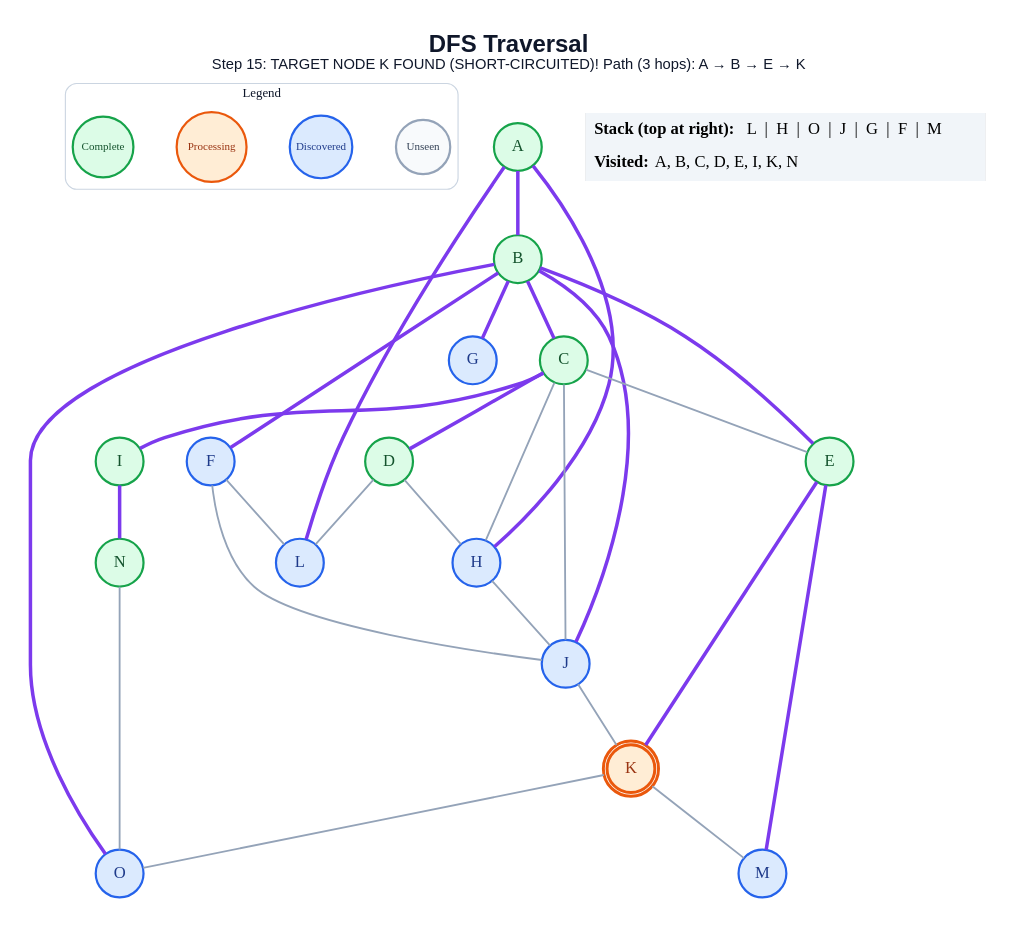
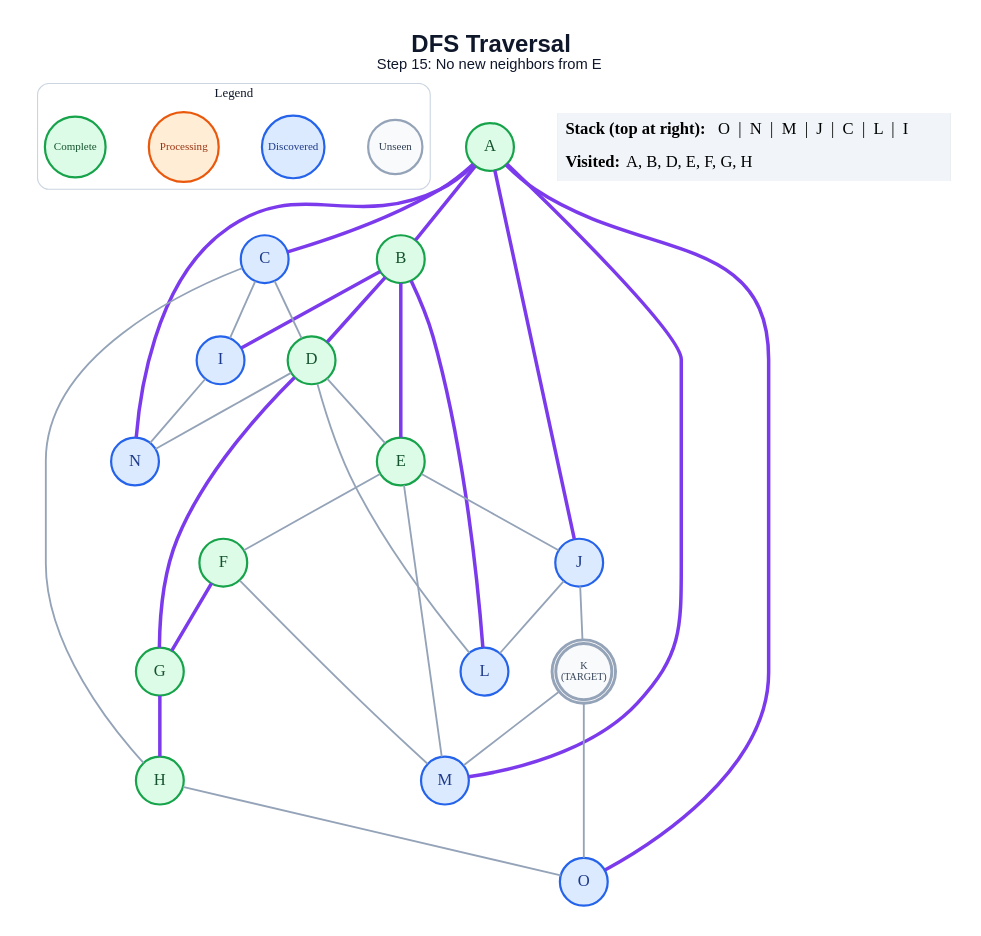
Before and after one commit to anon7238593-create/ai-slop: the diagram in generated/short-circuit/dfs/step_15.dot, drawn with Graphviz. The commit also changed 303 other files, not shown here.

```diff
--- a/generated/short-circuit/dfs/step_15.dot
+++ b/generated/short-circuit/dfs/step_15.dot
@@ -1,60 +1,63 @@
 graph traversal {
   graph [layout=dot, rankdir=TB, bgcolor="#FFFFFF", pad="0.35", nodesep="0.65", ranksep="0.8", fontname="Arial"];
   node [shape=circle, style="filled", fontname="Arial Bold", fontsize=18, width=0.72, fixedsize=true, penwidth=2.4];
   edge [color="#94A3B8", penwidth=2.0];
-  label=<<B>DFS Traversal</B><BR/><FONT POINT-SIZE="16">Step 15: TARGET NODE K FOUND (SHORT-CIRCUITED)! Path (3 hops): A → B → E → K</FONT>>; labelloc="t"; fontsize=26; fontname="Arial"; fontcolor="#0F172A";
+  label=<<B>DFS Traversal</B><BR/><FONT POINT-SIZE="16">Step 15: No new neighbors from E</FONT>>; labelloc="t"; fontsize=26; fontname="Arial"; fontcolor="#0F172A";
   subgraph cluster_legend { label="Legend"; color="#CBD5E1"; penwidth=1.2; style="rounded"; fontsize=14; fontname="Arial Bold";
     key_unseen [label="Unseen", fillcolor="#F8FAFC", color="#94A3B8", fontcolor="#334155", fontsize=12, width=0.82];
     key_frontier [label="Discovered", fillcolor="#DBEAFE", color="#2563EB", fontcolor="#1E3A8A", fontsize=12, width=0.95];
     key_current [label="Processing", fillcolor="#FFEDD5", color="#EA580C", fontcolor="#9A3412", fontsize=12, width=1.05];
     key_done [label="Complete", fillcolor="#DCFCE7", color="#16A34A", fontcolor="#14532D", fontsize=12, width=0.92];
     { rank=same; key_unseen; key_frontier; key_current; key_done; }
   }
   A [label="A", fillcolor="#DCFCE7", color="#16A34A", fontcolor="#14532D", peripheries=1, penwidth=2.4];
   B [label="B", fillcolor="#DCFCE7", color="#16A34A", fontcolor="#14532D", peripheries=1, penwidth=2.4];
-  C [label="C", fillcolor="#DCFCE7", color="#16A34A", fontcolor="#14532D", peripheries=1, penwidth=2.4];
+  C [label="C", fillcolor="#DBEAFE", color="#2563EB", fontcolor="#1E3A8A", peripheries=1, penwidth=2.4];
   D [label="D", fillcolor="#DCFCE7", color="#16A34A", fontcolor="#14532D", peripheries=1, penwidth=2.4];
   E [label="E", fillcolor="#DCFCE7", color="#16A34A", fontcolor="#14532D", peripheries=1, penwidth=2.4];
-  F [label="F", fillcolor="#DBEAFE", color="#2563EB", fontcolor="#1E3A8A", peripheries=1, penwidth=2.4];
-  G [label="G", fillcolor="#DBEAFE", color="#2563EB", fontcolor="#1E3A8A", peripheries=1, penwidth=2.4];
-  H [label="H", fillcolor="#DBEAFE", color="#2563EB", fontcolor="#1E3A8A", peripheries=1, penwidth=2.4];
-  I [label="I", fillcolor="#DCFCE7", color="#16A34A", fontcolor="#14532D", peripheries=1, penwidth=2.4];
+  F [label="F", fillcolor="#DCFCE7", color="#16A34A", fontcolor="#14532D", peripheries=1, penwidth=2.4];
+  G [label="G", fillcolor="#DCFCE7", color="#16A34A", fontcolor="#14532D", peripheries=1, penwidth=2.4];
+  H [label="H", fillcolor="#DCFCE7", color="#16A34A", fontcolor="#14532D", peripheries=1, penwidth=2.4];
+  I [label="I", fillcolor="#DBEAFE", color="#2563EB", fontcolor="#1E3A8A", peripheries=1, penwidth=2.4];
   J [label="J", fillcolor="#DBEAFE", color="#2563EB", fontcolor="#1E3A8A", peripheries=1, penwidth=2.4];
-  K [label="K", fillcolor="#FFEDD5", color="#EA580C", fontcolor="#9A3412", peripheries=2, penwidth=3.2];
+  K [label="K\n(TARGET)", fillcolor="#F8FAFC", color="#94A3B8", fontcolor="#334155", peripheries=2, penwidth=3.2, fontsize=11, width=0.85, height=0.85];
   L [label="L", fillcolor="#DBEAFE", color="#2563EB", fontcolor="#1E3A8A", peripheries=1, penwidth=2.4];
   M [label="M", fillcolor="#DBEAFE", color="#2563EB", fontcolor="#1E3A8A", peripheries=1, penwidth=2.4];
-  N [label="N", fillcolor="#DCFCE7", color="#16A34A", fontcolor="#14532D", peripheries=1, penwidth=2.4];
+  N [label="N", fillcolor="#DBEAFE", color="#2563EB", fontcolor="#1E3A8A", peripheries=1, penwidth=2.4];
   O [label="O", fillcolor="#DBEAFE", color="#2563EB", fontcolor="#1E3A8A", peripheries=1, penwidth=2.4];
   A -- B [color="#7C3AED", penwidth=3.8];
-  A -- H [color="#7C3AED", penwidth=3.8];
-  A -- L [color="#7C3AED", penwidth=3.8];
-  B -- C [color="#7C3AED", penwidth=3.8];
+  A -- C [color="#7C3AED", penwidth=3.8];
+  A -- J [color="#7C3AED", penwidth=3.8];
+  A -- M [color="#7C3AED", penwidth=3.8];
+  A -- N [color="#7C3AED", penwidth=3.8];
+  A -- O [color="#7C3AED", penwidth=3.8];
+  B -- D [color="#7C3AED", penwidth=3.8];
   B -- E [color="#7C3AED", penwidth=3.8];
-  B -- F [color="#7C3AED", penwidth=3.8];
-  B -- G [color="#7C3AED", penwidth=3.8];
-  B -- J [color="#7C3AED", penwidth=3.8];
-  B -- O [color="#7C3AED", penwidth=3.8];
-  C -- D [color="#7C3AED", penwidth=3.8];
-  C -- E;
+  B -- I [color="#7C3AED", penwidth=3.8];
+  B -- L [color="#7C3AED", penwidth=3.8];
+  C -- D;
   C -- H;
-  C -- I [color="#7C3AED", penwidth=3.8];
-  C -- J;
-  D -- H;
+  C -- I;
+  D -- E;
+  D -- G [color="#7C3AED", penwidth=3.8];
   D -- L;
-  E -- K [color="#7C3AED", penwidth=3.8];
-  E -- M [color="#7C3AED", penwidth=3.8];
-  F -- J;
-  F -- L;
-  H -- J;
-  I -- N [color="#7C3AED", penwidth=3.8];
+  D -- N;
+  E -- F;
+  E -- J;
+  E -- M;
+  F -- G [color="#7C3AED", penwidth=3.8];
+  F -- M;
+  G -- H [color="#7C3AED", penwidth=3.8];
+  H -- O;
+  I -- N;
   J -- K;
+  J -- L;
   K -- M;
   K -- O;
-  N -- O;
   status [shape=plain, fixedsize=false, width=0, height=0, margin=0, label=<
     <TABLE BORDER="0" CELLBORDER="0" CELLPADDING="7" BGCOLOR="#F1F5F9">
-      <TR><TD ALIGN="LEFT"><B>Stack (top at right):</B> L  |  H  |  O  |  J  |  G  |  F  |  M</TD></TR>
-      <TR><TD ALIGN="LEFT"><B>Visited:</B> A, B, C, D, E, I, K, N</TD></TR>
+      <TR><TD ALIGN="LEFT"><B>Stack (top at right):</B> O  |  N  |  M  |  J  |  C  |  L  |  I</TD></TR>
+      <TR><TD ALIGN="LEFT"><B>Visited:</B> A, B, D, E, F, G, H</TD></TR>
     </TABLE>
   >];
 }
```
